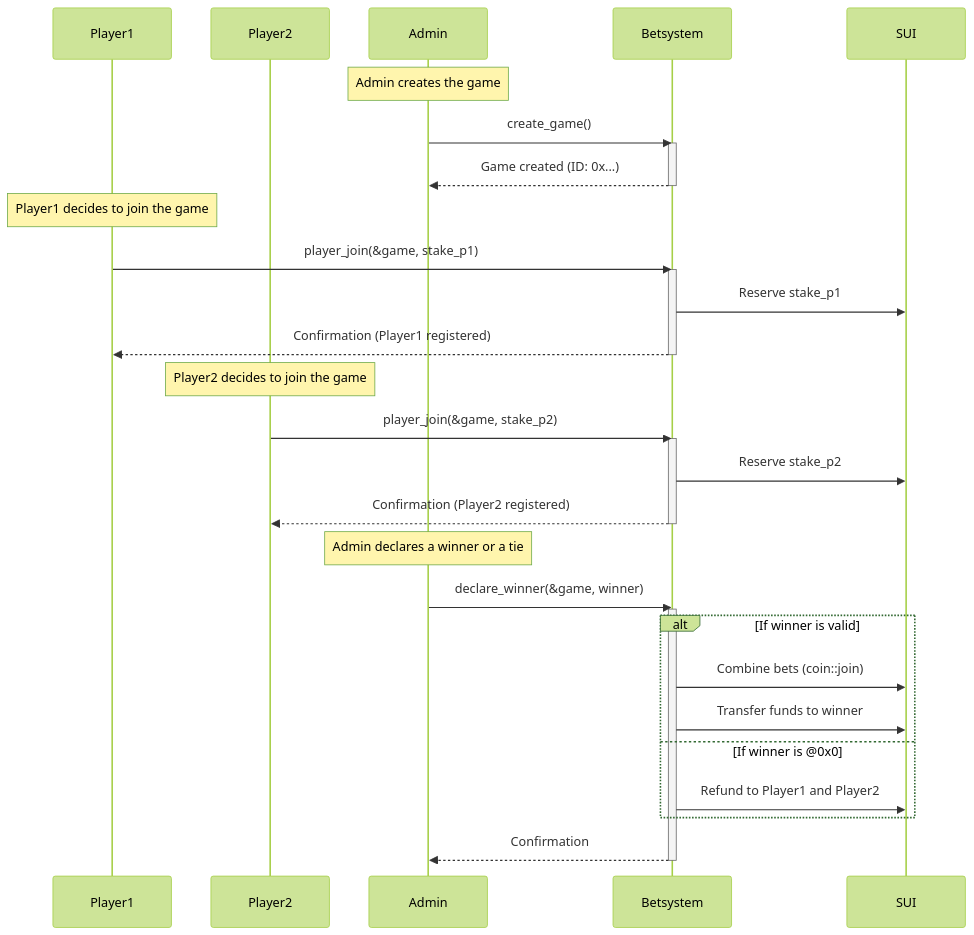
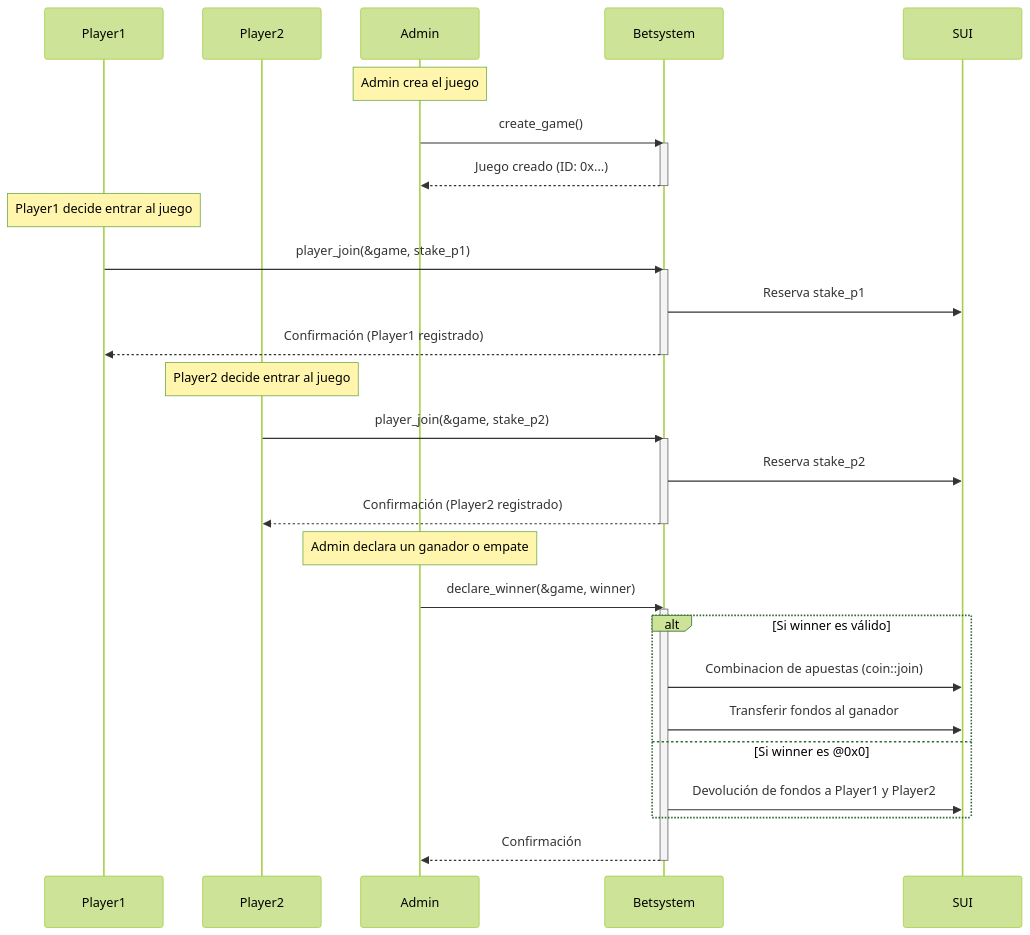
Before and after one commit to lucasbuyatti/Juego-y-SmartContract: the second of 3 diagrams in README.md, drawn with Mermaid (forest theme). The commit also changed other lines of this file, not shown here.

````diff
--- a/README.md
+++ b/README.md
@@ -15,45 +15,45 @@
 ```mermaid
 sequenceDiagram
 
 participant P1 as Player1
 participant P2 as Player2
 participant Adm as Admin
 participant BS as Betsystem
 participant SUI
 
 %% Game creation by Adm
-Note over Adm: Admin creates the game
+Note over Adm: Admin crea el juego
 Adm ->> BS: create_game()
 activate BS
-BS -->> Adm: Game created (ID: 0x...)
+BS -->> Adm: Juego creado (ID: 0x...)
 deactivate BS
 
 %% P1 joins the game (referencing the game ID)
-Note over P1: Player1 decides to join the game
+Note over P1: Player1 decide entrar al juego
 P1 ->> BS: player_join(&game, stake_p1)
 activate BS
-BS ->> SUI: Reserve stake_p1
-BS -->> P1: Confirmation (Player1 registered)
+BS ->> SUI: Reserva stake_p1
+BS -->> P1: Confirmación (Player1 registrado)
 deactivate BS
 
 %% Player2 joins the same game
-Note over P2: Player2 decides to join the game
+Note over P2: Player2 decide entrar al juego
 P2 ->> BS: player_join(&game, stake_p2)
 activate BS
-BS ->> SUI: Reserve stake_p2
-BS -->> P2: Confirmation (Player2 registered)
+BS ->> SUI: Reserva stake_p2
+BS -->> P2: Confirmación (Player2 registrado)
 deactivate BS
 
 %% Adm declares the winner
-Note over Adm: Admin declares a winner or a tie
+Note over Adm: Admin declara un ganador o empate
 Adm ->> BS: declare_winner(&game, winner)
 activate BS
-alt If winner is valid
-    BS ->> SUI: Combine bets (coin::join)
-    BS ->> SUI: Transfer funds to winner
-else If winner is @0x0
-    BS ->> SUI: Refund to Player1 and Player2
+alt Si winner es válido
+    BS ->> SUI: Combinacion de apuestas (coin::join)
+    BS ->> SUI: Transferir fondos al ganador
+else Si winner es @0x0
+    BS ->> SUI: Devolución de fondos a Player1 y Player2
 end
-BS -->> Adm: Confirmation
+BS -->> Adm: Confirmación
 deactivate BS
 ```
````
